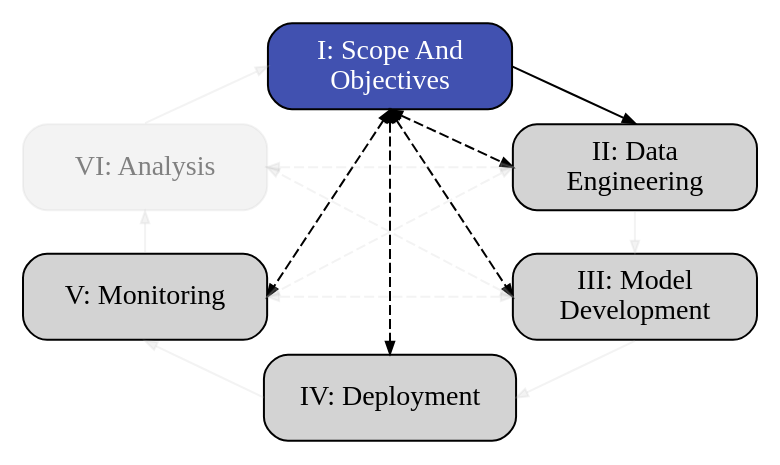
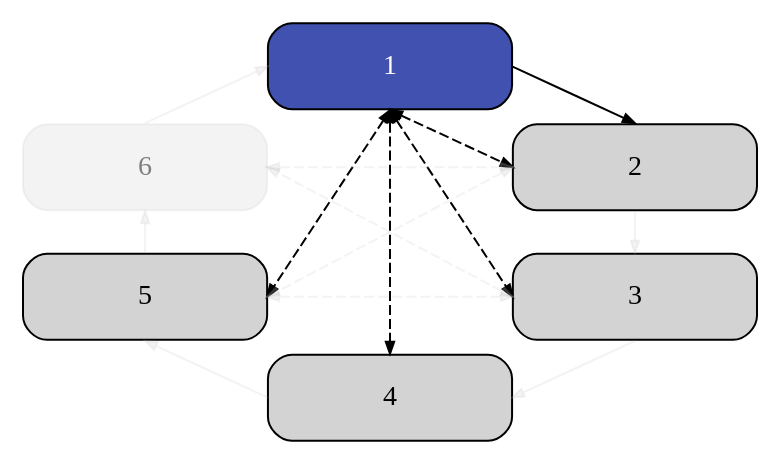
Before and after one commit to aria-ml/dataeval: the second of 7 diagrams in docs/source/concepts/workflows/ML_Lifecycle.md, drawn with Graphviz. The commit also changed other lines of this file and 1 other file, not shown here.

Commit message:
Fix graphviz theming and markdown links

````diff
--- a/docs/source/concepts/workflows/ML_Lifecycle.md
+++ b/docs/source/concepts/workflows/ML_Lifecycle.md
@@ -44,31 +46,31 @@
 ```{graphviz}
    
    digraph flowchart {
       node [shape=box,width=1.7,height=0.6]
       edge [arrowsize=0.6]
       layout="neato"
 
-      1 [label="I: Scope And\nObjectives",style="rounded,filled",pos="1.7,2.5!",fillcolor="#4151B0",fontcolor="white"]
-      2 [label="II: Data\nEngineering",style="rounded,filled",pos="3.4,1.8!",xref=":ref:`data-engineering`"]
-      3 [label="III: Model\nDevelopment",style="rounded,filled",pos="3.4,0.9!",xref=":ref:`model-development`"]
-      4 [label="IV: Deployment",style="rounded,filled",pos="1.7,0.2!",xref=":ref:`deployment`"]
-      5 [label="V: Monitoring",style="rounded,filled",pos="0.0,0.9!",xref=":ref:`monitoring`"]
-      6 [label="VI: Analysis",style="rounded,filled",pos="0.0,1.8!",xref=":ref:`analysis`",fontcolor="gray",color="#C0C0C030",fillcolor="#C0C0C030"]
+      1 [xref="{ref}`Scope And Objectives <scope-and-objectives>`",style="rounded,filled",pos="1.7,2.5!",fillcolor="#4151B0",fontcolor="white"]
+      2 [xref="{ref}`Data Engineering <data-engineering>`",style="rounded,filled",pos="3.4,1.8!"]
+      3 [xref="{ref}`Model Development<model-development>`",style="rounded,filled",pos="3.4,0.9!"]
+      4 [xref="{ref}`Deployment <deployment>`",style="rounded,filled",pos="1.7,0.2!"]
+      5 [xref="{ref}`Monitoring <monitoring>`",style="rounded,filled",pos="0.0,0.9!"]
+      6 [xref="{ref}`Analysis <analysis>`",style="rounded,filled",pos="0.0,1.8!",fontcolor="gray",color="#C0C0C030",fillcolor="#C0C0C030"]
       
       1:e->2:n
       2:s->3:n [color="#C0C0C030",fillcolor="#C0C0C030"]
       3:s->4:e [color="#C0C0C030",fillcolor="#C0C0C030"]
       4:w->5:s [color="#C0C0C030",fillcolor="#C0C0C030"]
       5:n->6:s [color="#C0C0C030",fillcolor="#C0C0C030"]
       6:n->1:w [color="#C0C0C030",fillcolor="#C0C0C030"]
 
       1:s->3:w [dir=both,style=dashed]
       1:s->4:n [dir=both,style=dashed]
       1:s->5:e [dir=both,style=dashed]
       1:s->2:w [dir=both,style=dashed]
       2:w->5:e [dir=both,style=dashed,color="#C0C0C030",fillcolor="#C0C0C030"]
       2:w->6:e [dir=both,style=dashed,color="#C0C0C030",fillcolor="#C0C0C030"]
       3:w->5:e [dir=both,style=dashed,color="#C0C0C030",fillcolor="#C0C0C030"]
       3:w->6:e [dir=both,style=dashed,color="#C0C0C030",fillcolor="#C0C0C030"]
    }
 ```
````
